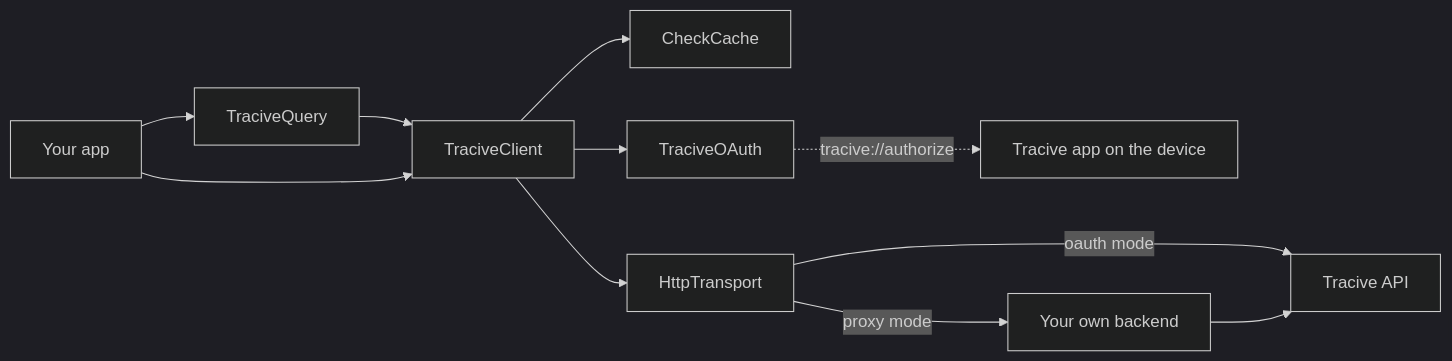
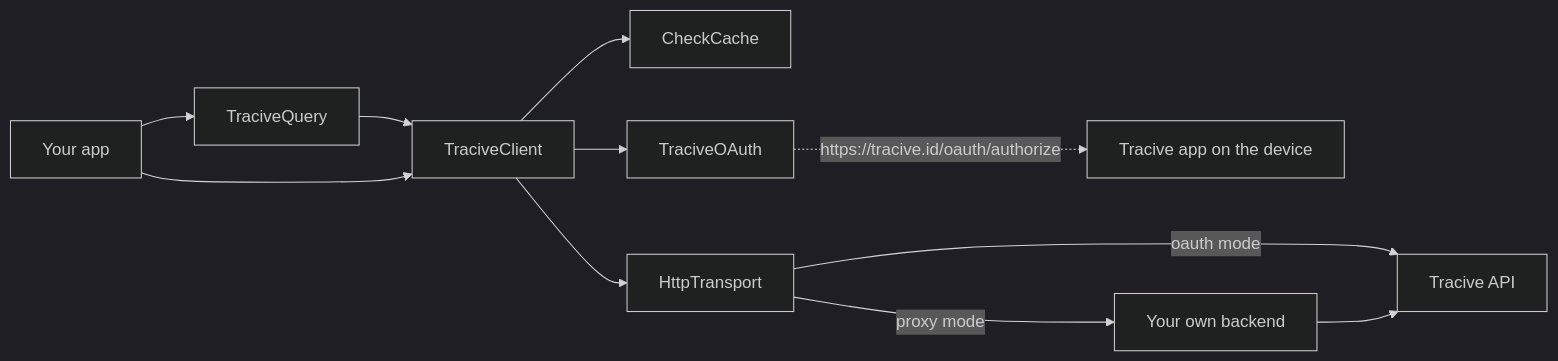
The diagram in README.md (pleistocent/tracive-sdk-react-native), drawn with Mermaid (dark theme) before and after one commit. The commit also changed 3 other files, not shown here.

````diff
--- a/README.md
+++ b/README.md
@@ -208,13 +208,13 @@
 ```mermaid
 flowchart LR
   App["Your app"] --> Query["TraciveQuery"]
   Query --> Client["TraciveClient"]
   App --> Client
   Client --> Cache["CheckCache"]
   Client --> OAuth["TraciveOAuth"]
   Client --> Transport["HttpTransport"]
-  OAuth -.->|"tracive://authorize"| TApp["Tracive app on the device"]
+  OAuth -.->|"https://tracive.id/oauth/authorize"| TApp["Tracive app on the device"]
   Transport -->|"oauth mode"| Api["Tracive API"]
   Transport -->|"proxy mode"| Gateway["Your own backend"]
   Gateway --> Api
 ```
````
